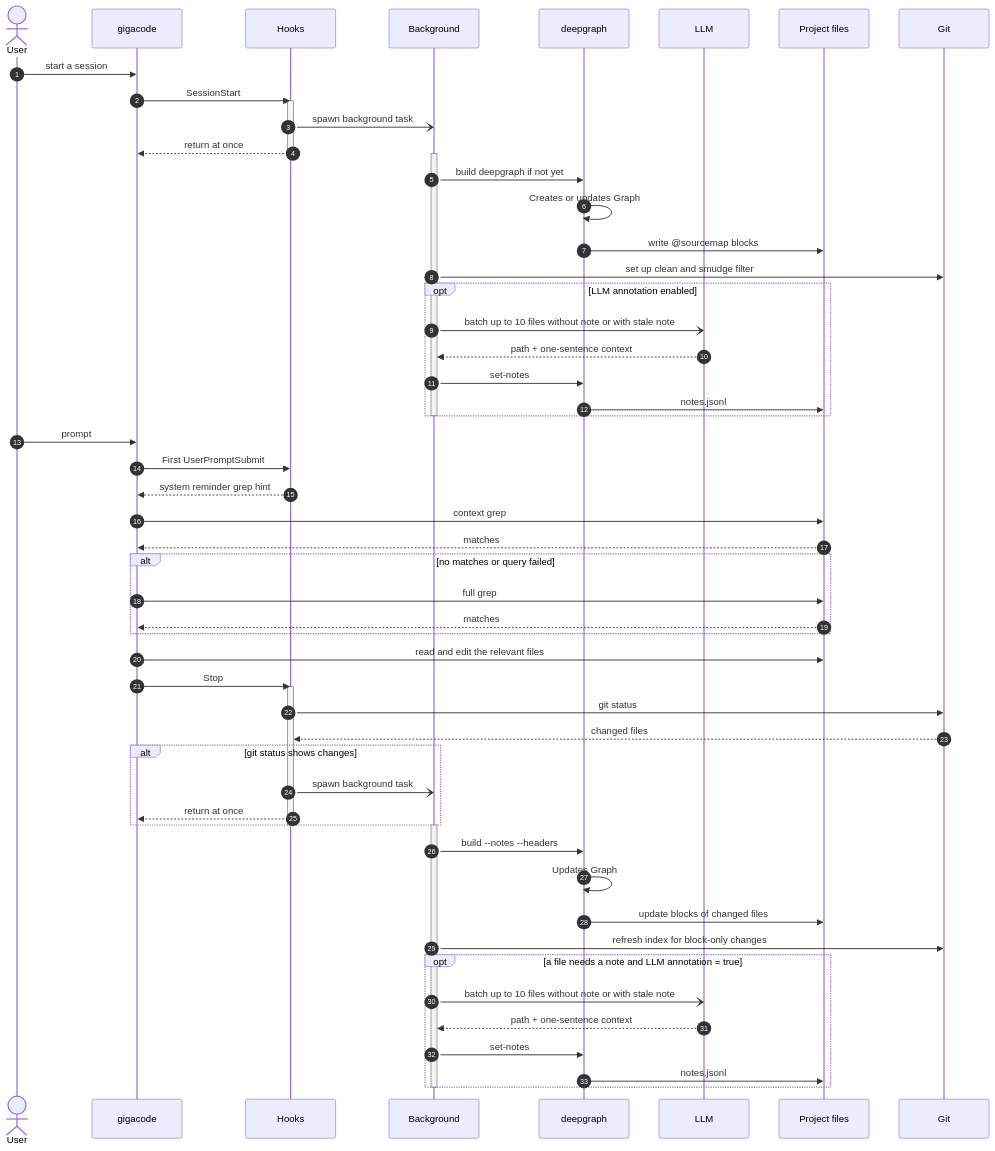
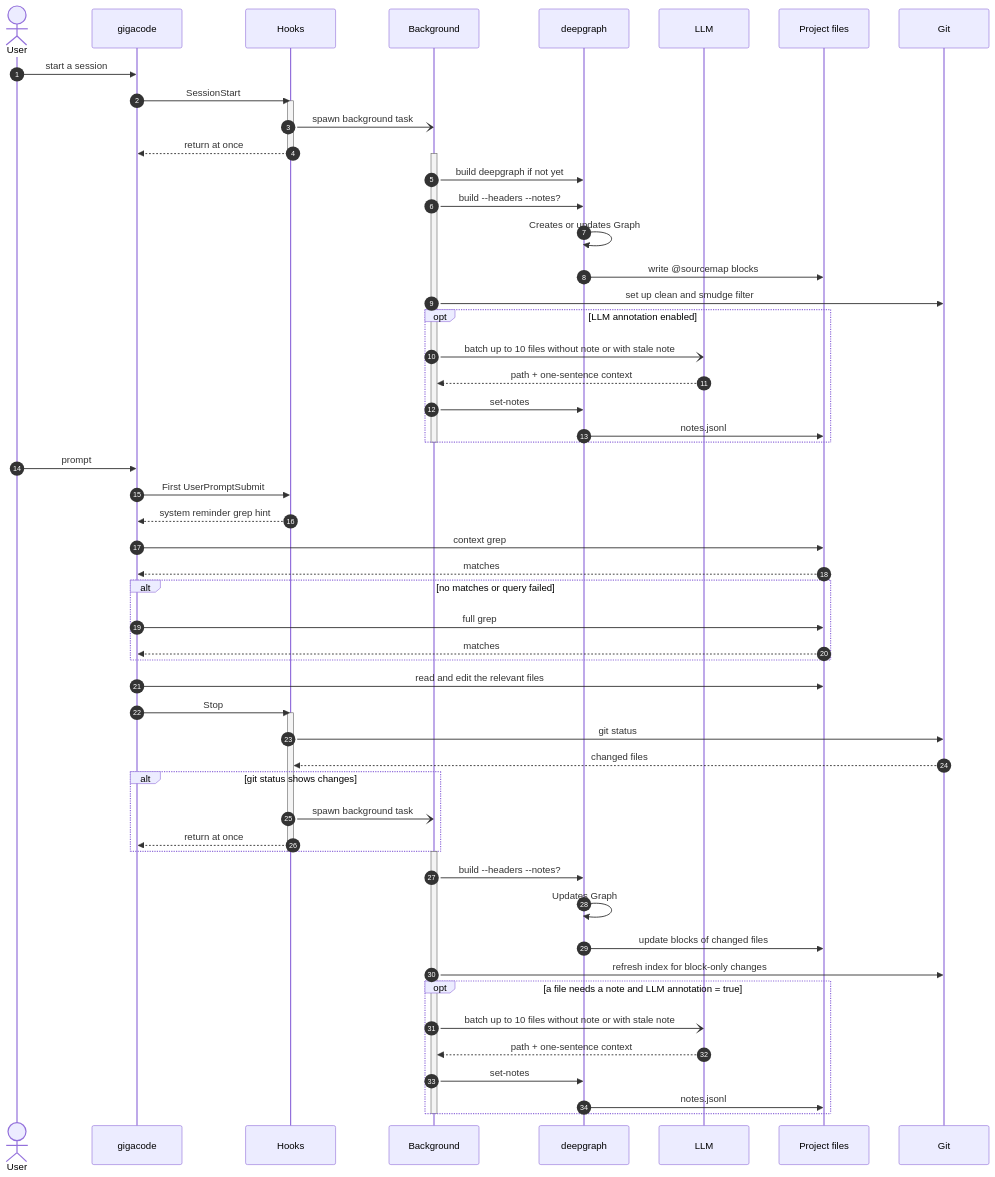
The diagram in README.md (nihil-pro/sourcemap-qwen-extension), drawn with Mermaid before and after one commit.

````diff
--- a/README.md
+++ b/README.md
@@ -26,68 +26,69 @@
 ```mermaid
 sequenceDiagram
     autonumber
     actor User
     participant Agent as gigacode
     participant Hooks as Hooks
     participant BG as Background
     participant DG as deepgraph
     participant LLM as LLM
     participant Repo as Project files
     participant Git
 
     User->>Agent: start a session
     Agent->>Hooks: SessionStart
     activate Hooks
     Hooks-)BG: spawn background task
     Hooks-->>Agent: return at once
     deactivate Hooks
 
     activate BG
     BG->>DG: build deepgraph if not yet
+    BG->>DG: build --headers --notes?
     DG->>DG: Creates or updates Graph
     DG->>Repo: write @sourcemap blocks
     BG->>Git: set up clean and smudge filter
 
     opt LLM annotation enabled
         BG-)LLM: batch up to 10 files without note or with stale note
         LLM-->>BG: path + one-sentence context
         BG->>DG: set-notes
         DG->>Repo: notes.jsonl
     end
     deactivate BG
 
     User->>Agent: prompt
     Agent->>Hooks: First UserPromptSubmit
     Hooks-->>Agent: system reminder grep hint
     Agent->>Repo: context grep
     Repo-->>Agent: matches
     alt no matches or query failed
         Agent->>Repo: full grep
         Repo-->>Agent: matches
     end
     Agent->>Repo: read and edit the relevant files
 
     Agent->>Hooks: Stop
     activate Hooks
     Hooks->>Git: git status
     Git-->>Hooks: changed files
     alt git status shows changes
         Hooks-)BG: spawn background task
         Hooks-->>Agent: return at once
     end
     deactivate Hooks
 
     activate BG
-    BG->>DG: build --notes --headers
+    BG->>DG: build --headers --notes?
     DG->>DG: Updates Graph
     DG->>Repo: update blocks of changed files
     BG->>Git: refresh index for block-only changes
 
     opt a file needs a note and LLM annotation = true
         BG-)LLM: batch up to 10 files without note or with stale note
         LLM-->>BG: path + one-sentence context
         BG->>DG: set-notes
         DG->>Repo: notes.jsonl
     end
     deactivate BG
 ```
````
